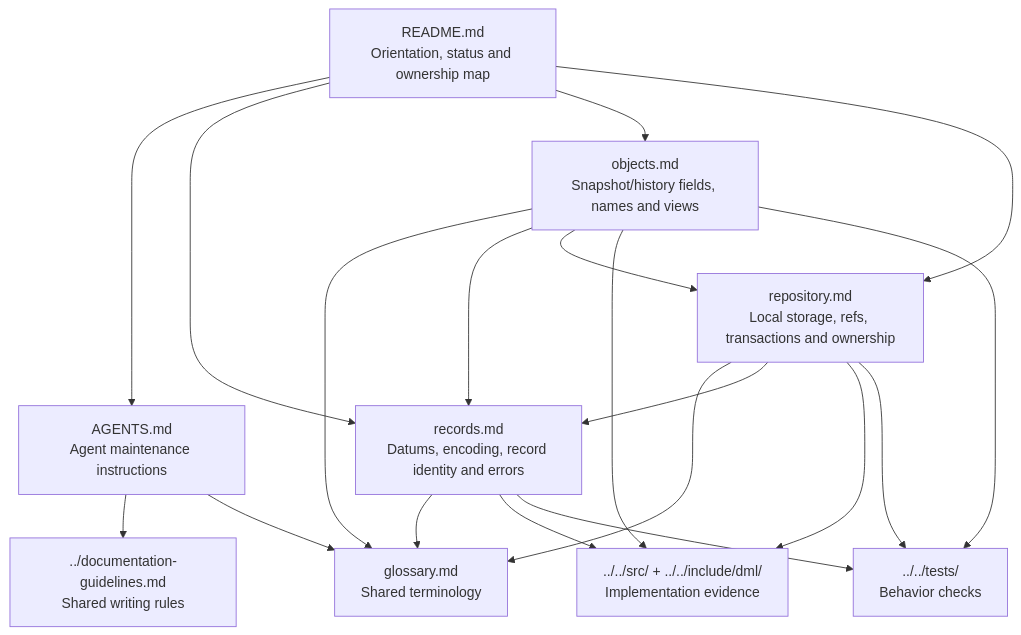
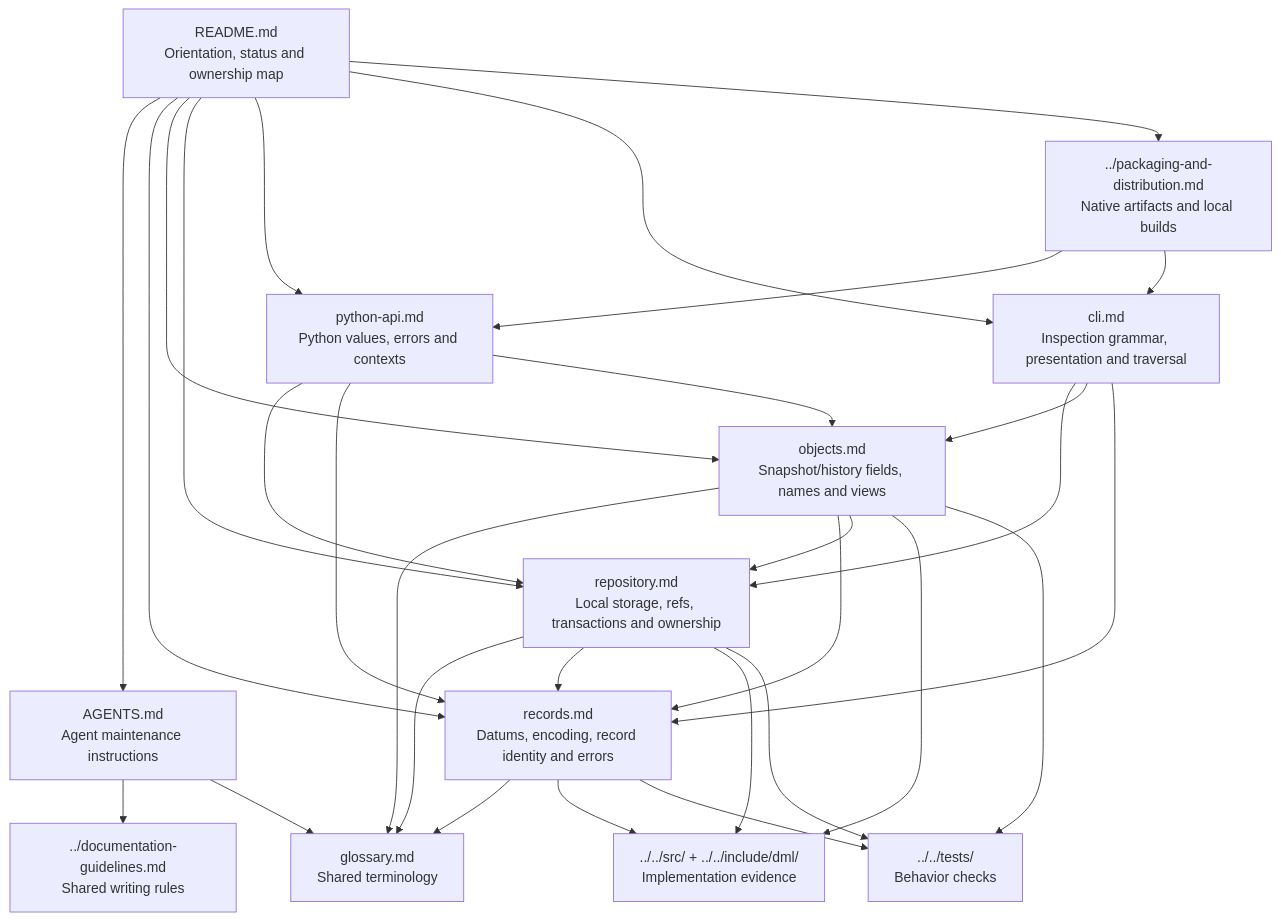
Before and after one commit to micha/dml: the diagram in docs/spec-next/README.md, drawn with Mermaid. The commit also changed other lines of this file and 38 other files, not shown here.

First line of the commit message:
Add low-level Python repository API and inspection CLI

````diff
--- a/docs/spec-next/README.md
+++ b/docs/spec-next/README.md
@@ -35,30 +35,44 @@
 ```mermaid
 flowchart TD
     README["README.md<br/>Orientation, status and ownership map"]
     AGENTS["AGENTS.md<br/>Agent maintenance instructions"]
     GUIDE["../documentation-guidelines.md<br/>Shared writing rules"]
     GLOSSARY["glossary.md<br/>Shared terminology"]
     RECORDS["records.md<br/>Datums, encoding, record identity and errors"]
     OBJECTS["objects.md<br/>Snapshot/history fields, names and views"]
     REPO["repository.md<br/>Local storage, refs, transactions and ownership"]
+    PY["python-api.md<br/>Python values, errors and contexts"]
+    CLI["cli.md<br/>Inspection grammar, presentation and traversal"]
+    PACK["../packaging-and-distribution.md<br/>Native artifacts and local builds"]
     CODE["../../src/ + ../../include/dml/<br/>Implementation evidence"]
     TESTS["../../tests/<br/>Behavior checks"]
     README --> AGENTS
     README --> RECORDS
     README --> OBJECTS
     README --> REPO
+    README --> PY
+    README --> CLI
+    README --> PACK
+    PY --> REPO
+    PY --> RECORDS
+    PY --> OBJECTS
+    CLI --> REPO
+    CLI --> OBJECTS
+    CLI --> RECORDS
+    PACK --> PY
+    PACK --> CLI
     AGENTS --> GUIDE
     AGENTS --> GLOSSARY
     RECORDS --> GLOSSARY
     OBJECTS --> GLOSSARY
     OBJECTS --> RECORDS
     OBJECTS --> REPO
     OBJECTS --> CODE
     OBJECTS --> TESTS
     REPO --> GLOSSARY
     REPO --> RECORDS
     RECORDS --> CODE
     RECORDS --> TESTS
     REPO --> CODE
     REPO --> TESTS
 ```
````
